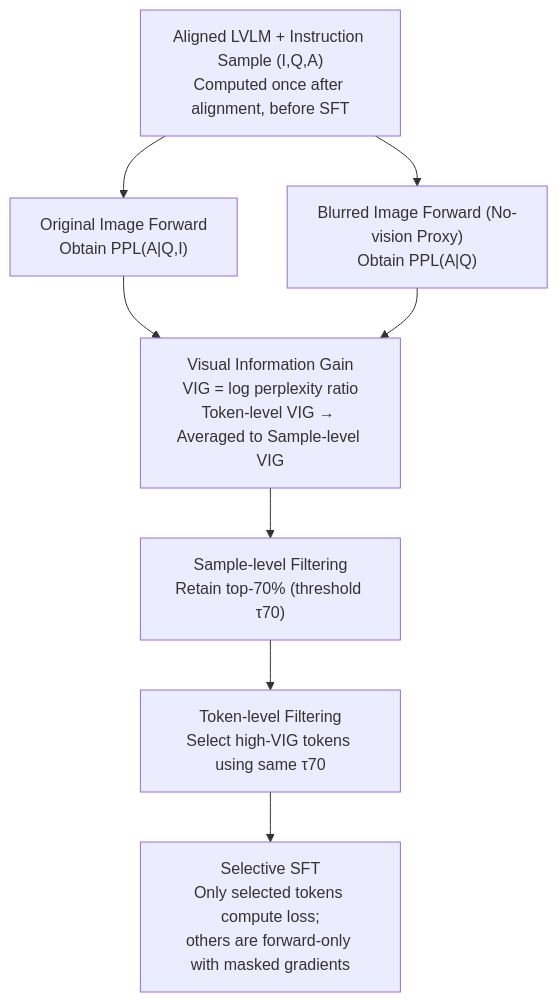
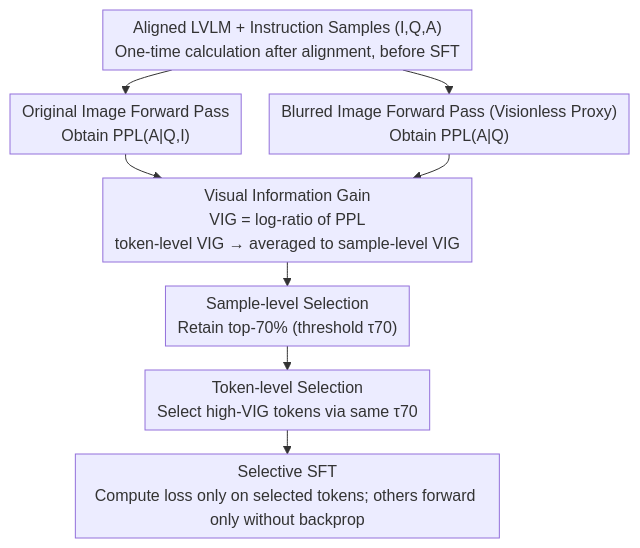
Before and after one commit to zhaoyang97/Paper-Notes-en: the diagram in docs/ICML2026/multimodal_vlm/focusing_where_vision_matters_selective_training_for_large_vision_language_model.md, drawn with Mermaid. The commit also changed other lines of this file and 5084 other files, not shown here.

````diff
--- a/docs/ICML2026/multimodal_vlm/focusing_where_vision_matters_selective_training_for_large_vision_language_model.md
+++ b/docs/ICML2026/multimodal_vlm/focusing_where_vision_matters_selective_training_for_large_vision_language_model.md
@@ -42,11 +42,12 @@
 ```mermaid
-graph TD
-    A["Aligned LVLM + Instruction Sample (I,Q,A)<br/>Computed once after alignment, before SFT"]
-    A --> B["Original Image Forward<br/>Obtain PPL(A|Q,I)"]
-    A --> C["Blurred Image Forward (No-vision Proxy)<br/>Obtain PPL(A|Q)"]
-    B --> D["Visual Information Gain<br/>VIG = log perplexity ratio<br/>Token-level VIG → Averaged to Sample-level VIG"]
+%%{init: {'flowchart': {'rankSpacing': 24, 'nodeSpacing': 28, 'padding': 6, 'wrappingWidth': 400}}}%%
+flowchart TD
+    A["Aligned LVLM + Instruction Samples (I,Q,A)<br/>One-time calculation after alignment, before SFT"]
+    A --> B["Original Image Forward Pass<br/>Obtain PPL(A|Q,I)"]
+    A --> C["Blurred Image Forward Pass (Visionless Proxy)<br/>Obtain PPL(A|Q)"]
+    B --> D["Visual Information Gain<br/>VIG = log-ratio of PPL<br/>token-level VIG → averaged to sample-level VIG"]
     C --> D
-    D --> E["Sample-level Filtering<br/>Retain top-70% (threshold τ70)"]
-    E --> F["Token-level Filtering<br/>Select high-VIG tokens using same τ70"]
-    F --> G["Selective SFT<br/>Only selected tokens compute loss;<br/>others are forward-only with masked gradients"]
+    D --> E["Sample-level Selection<br/>Retain top-70% (threshold τ70)"]
+    E --> F["Token-level Selection<br/>Select high-VIG tokens via same τ70"]
+    F --> G["Selective SFT<br/>Compute loss only on selected tokens; others forward only without backprop"]
 ```
````
